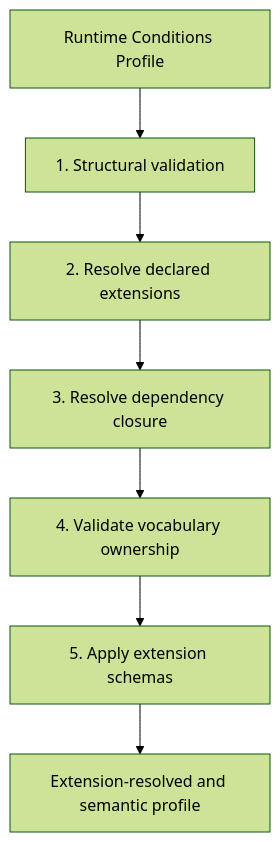
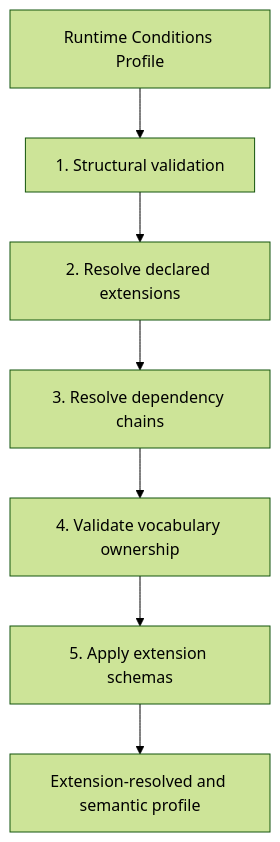
One commit to colinjlacy/runtime-conditions-profiles changed the second of 4 diagrams in docs/runtime-conditions-whitepaper-draft.md. Above: the diagram before and after it, drawn with Mermaid (forest theme). The commit also changed other lines of this file, not shown here.

````diff
--- a/docs/runtime-conditions-whitepaper-draft.md
+++ b/docs/runtime-conditions-whitepaper-draft.md
@@ -172,9 +172,9 @@
 ```mermaid
 flowchart TD
   Profile["Runtime Conditions Profile"] --> Structural["1. Structural validation"]
   Structural --> Resolve["2. Resolve declared extensions"]
-  Resolve --> Dependencies["3. Resolve dependency closure"]
+  Resolve --> Dependencies["3. Resolve dependency chains"]
   Dependencies --> Vocabulary["4. Validate vocabulary ownership"]
   Vocabulary --> Schemas["5. Apply extension schemas"]
   Schemas --> Valid["Extension-resolved and semantic profile"]
 ```
````
